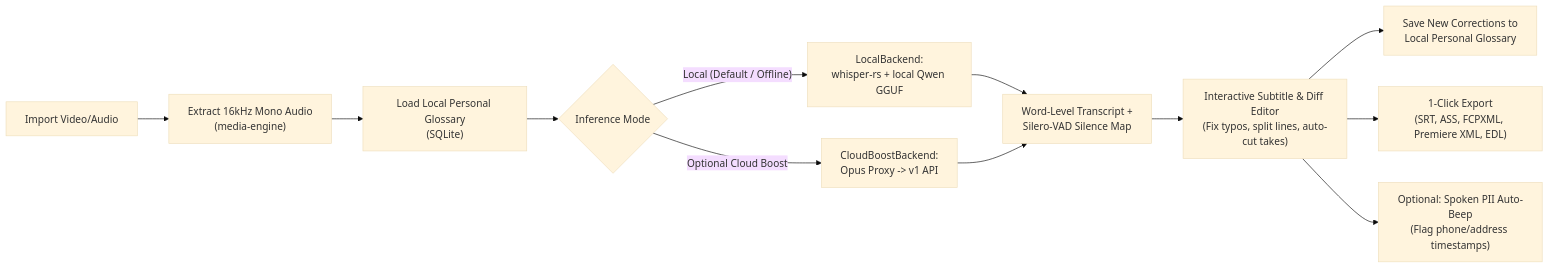
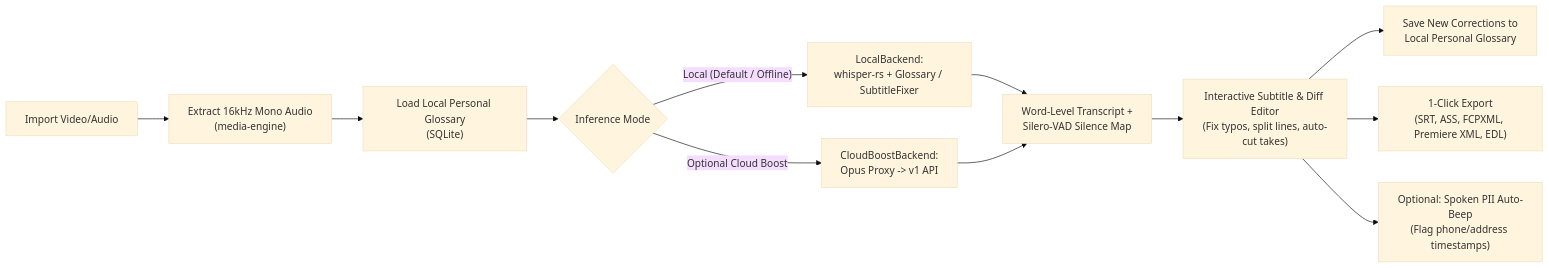
One commit to tungnguyenlam/tinycut changed the first of 3 diagrams in WORKFLOW.md. Above: the diagram before and after it, drawn with Mermaid (base theme). The commit also changed other lines of this file and 58 other files, not shown here.

````diff
--- a/WORKFLOW.md
+++ b/WORKFLOW.md
@@ -12,14 +12,14 @@
 ```mermaid
 flowchart LR
     A["Import Video/Audio"] --> B["Extract 16kHz Mono Audio\n(media-engine)"]
     B --> C["Load Local Personal Glossary\n(SQLite)"]
     C --> D{"Inference Mode"}
-    D -- "Local (Default / Offline)" --> E["LocalBackend:\nwhisper-rs + local Qwen GGUF"]
+    D -- "Local (Default / Offline)" --> E["LocalBackend:\nwhisper-rs + Glossary / SubtitleFixer"]
     D -- "Optional Cloud Boost" --> F["CloudBoostBackend:\nOpus Proxy -> v1 API"]
     E --> G["Word-Level Transcript +\nSilero-VAD Silence Map"]
     F --> G
     G --> H["Interactive Subtitle & Diff Editor\n(Fix typos, split lines, auto-cut takes)"]
     H --> I["Save New Corrections to\nLocal Personal Glossary"]
     H --> J["1-Click Export\n(SRT, ASS, FCPXML, Premiere XML, EDL)"]
     H --> K["Optional: Spoken PII Auto-Beep\n(Flag phone/address timestamps)"]
 ```
````
